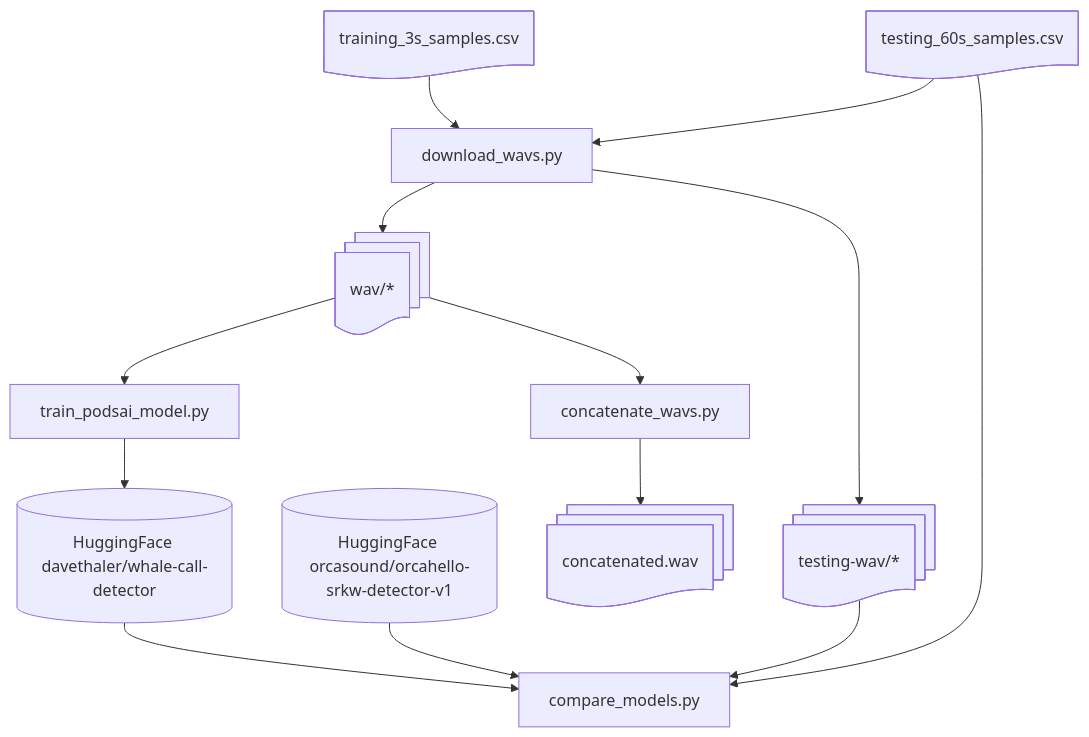
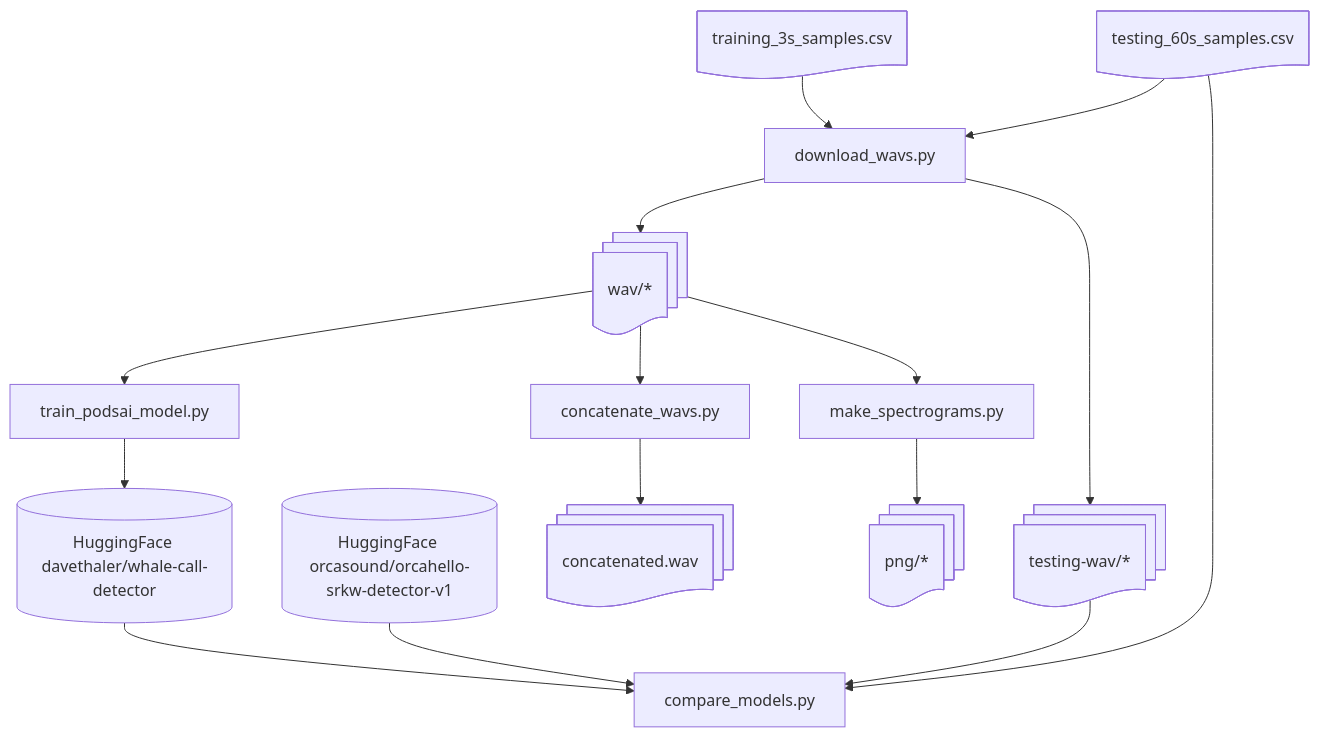
Before and after one commit to aibatchelor22/pods-ai: the diagram in README.md, drawn with Mermaid.

Commit message:
Add make_spectrograms to diagram in README file (#274)
Fixes #272

````diff
--- a/README.md
+++ b/README.md
@@ -24,27 +24,30 @@
 ```mermaid
 flowchart TD;
     podsaiModel[(HuggingFace davethaler/whale-call-detector)];
     orcaHelloModel[(HuggingFace orcasound/orcahello-srkw-detector-v1)];
     trainingSamples@{ shape: doc, label: "training_3s_samples.csv" };
     testingSamples@{ shape: doc, label: "testing_60s_samples.csv" };
     wav@{ shape: docs, label: "wav/*" };
     testingWav@{ shape: docs, label: "testing-wav/*" };
     concatenated@{ shape: docs, label: "concatenated.wav" };
+    png@{ shape: docs, label: "png/*" };
 
     downloadWavs@{ shape: rect, label: "download_wavs.py" };
     trainPodsaiModel@{ shape: rect, label: "train_podsai_model.py" };
     compareModels@{ shape: rect, label: "compare_models.py" };
     concatenateWavs@{ shape: rect, label: "concatenate_wavs.py" };
+    makeSpectrograms@{ shape: rect, label: "make_spectrograms.py" };
 
     trainingSamples-->downloadWavs-->wav;
     testingSamples-->downloadWavs-->testingWav;
 
     wav-->trainPodsaiModel-->podsaiModel;
 
     podsaiModel-->compareModels;
     testingSamples-->compareModels;
     testingWav-->compareModels;
     orcaHelloModel-->compareModels;
 
     wav-->concatenateWavs-->concatenated;
+    wav-->makeSpectrograms-->png;
 ```
````
